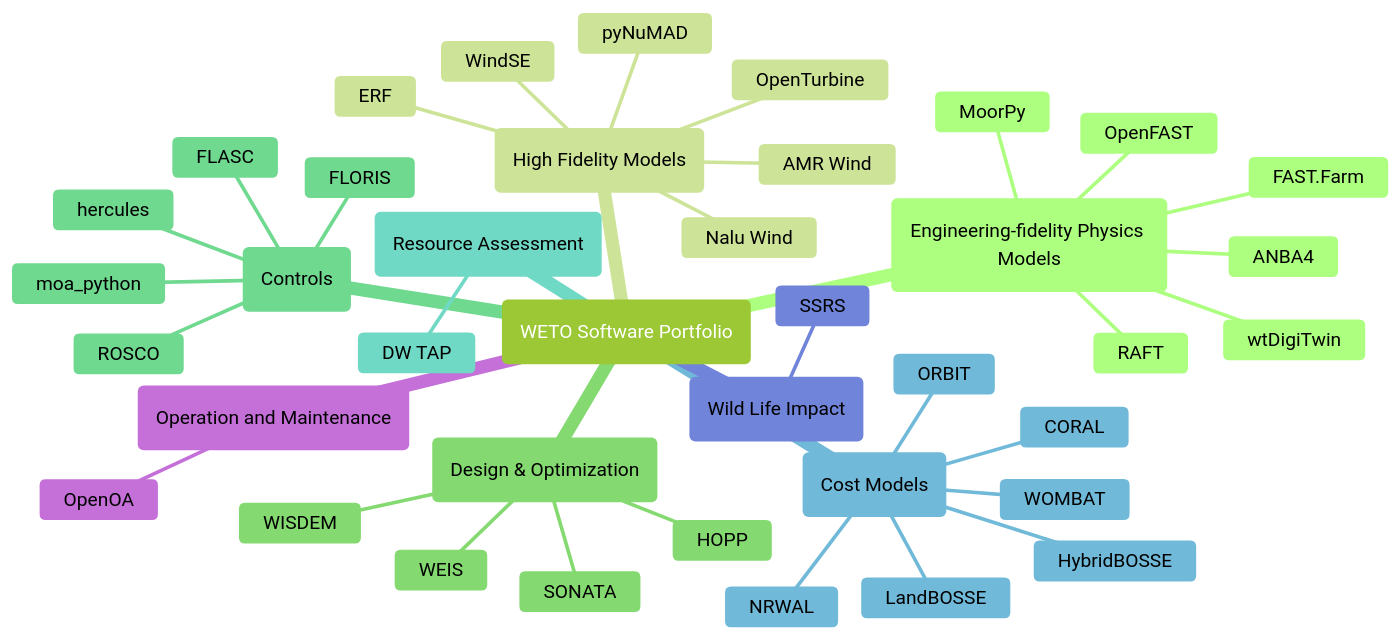
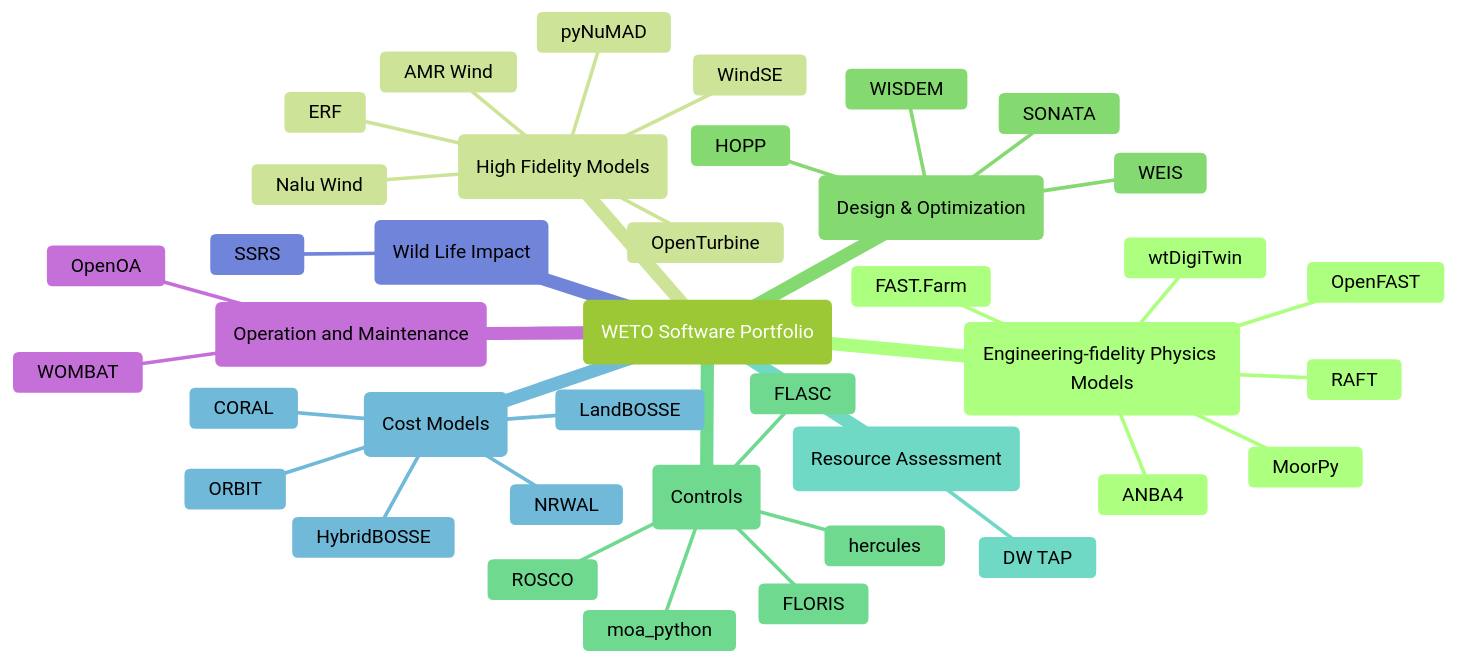
One commit to NREL/WETOStack changed the diagram in docs/portfolio_analysis/software_list.md. Above: the diagram before and after it, drawn with Mermaid. The commit also changed other lines of this file and 3 other files, not shown here.

````diff
--- a/docs/portfolio_analysis/software_list.md
+++ b/docs/portfolio_analysis/software_list.md
@@ -5,51 +5,51 @@
 ```{mermaid}
 %%{init: { 'logLevel': 'debug', 'theme': 'forest' } }%%
 
 mindmap
     root("WETO Software Portfolio")
         ps(Engineering-fidelity Physics Models)
             OpenFAST
             FAST.Farm
             MoorPy
             wtDigiTwin
             ANBA4
             RAFT
 
         hfm(High Fidelity Models)
             AMR Wind
             Nalu Wind
             OpenTurbine
             ERF
             WindSE
             pyNuMAD
 
         do(Design & Optimization)
             WEIS
             WISDEM
             HOPP
             SONATA
 
         ctrl(Controls)
             ROSCO
             FLORIS
             FLASC
             hercules
             moa_python
 
         ra(Resource Assessment)
             DW TAP
 
         cost(Cost Models)
             LandBOSSE
             HybridBOSSE
             ORBIT
             CORAL
             NRWAL
-            WOMBAT
 
         wild(Wild Life Impact)
             SSRS
 
         om(Operation and Maintenance)
             OpenOA
+            WOMBAT
 ```
````
